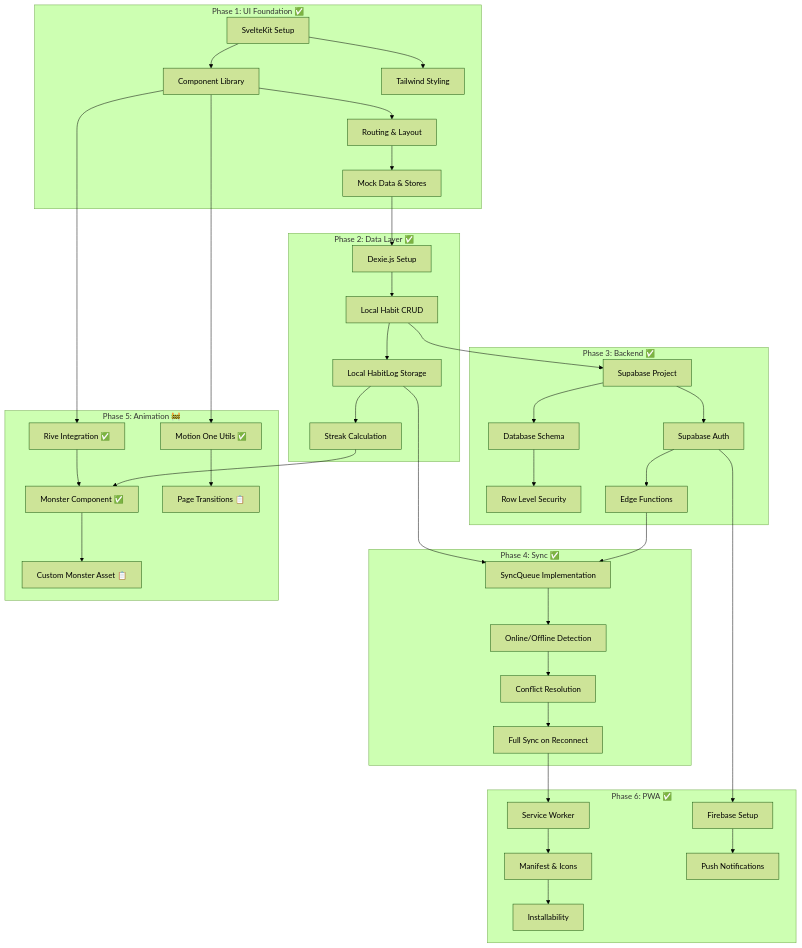
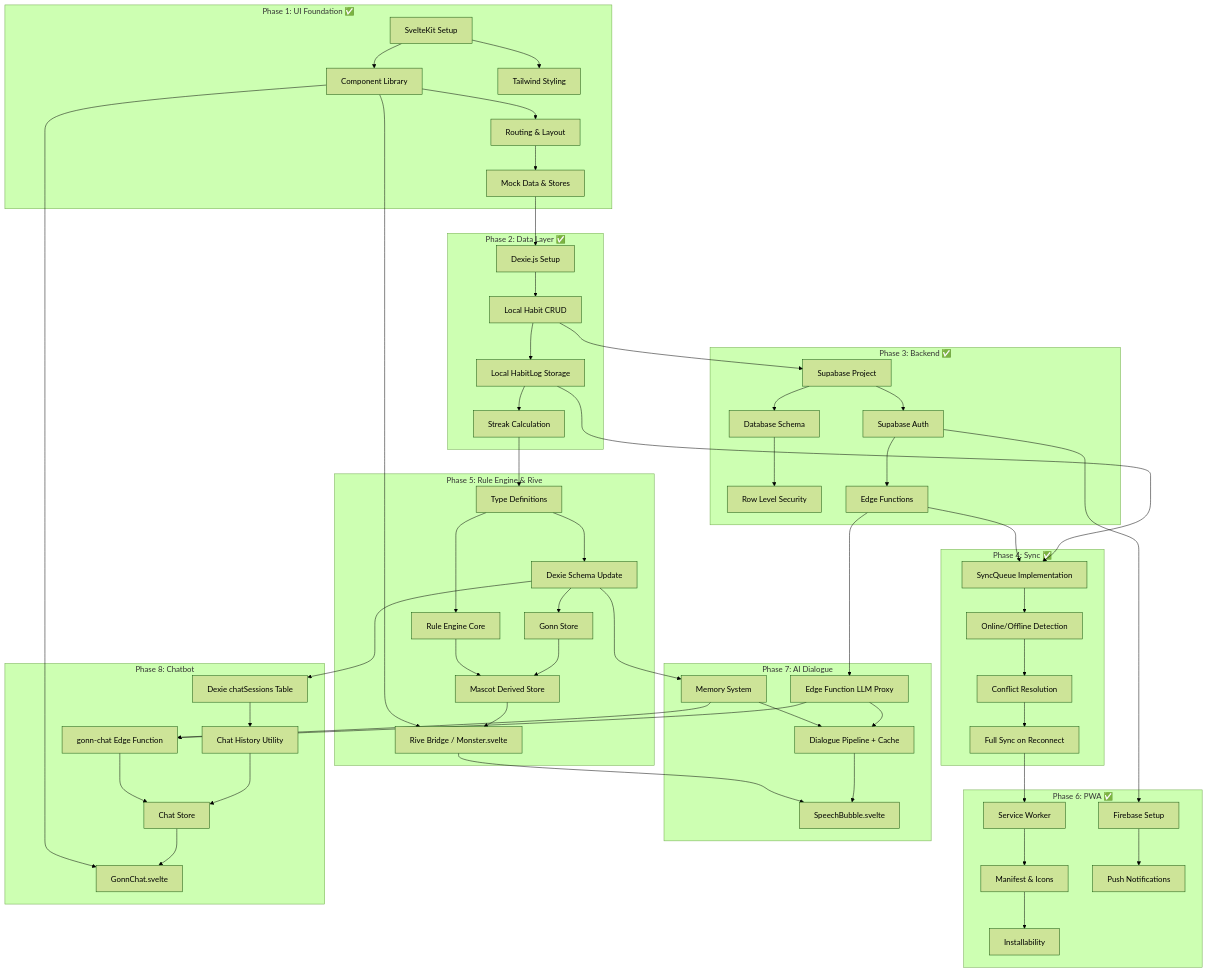
The diagram in docs/ROADMAP.md (raytf/app_hungry-hundreds), drawn with Mermaid (forest theme) before and after one commit. The commit also changed other lines of this file and 4 other files, not shown here.

````diff
--- a/docs/ROADMAP.md
+++ b/docs/ROADMAP.md
@@ -269,12 +352,13 @@
         P4D[Full Sync on Reconnect]
     end
 
-    subgraph Phase5["Phase 5: Animation 🚧"]
-        P5A[Rive Integration ✅]
-        P5B[Monster Component ✅]
-        P5C[Motion One Utils ✅]
-        P5D[Custom Monster Asset 📋]
-        P5E[Page Transitions 📋]
+    subgraph Phase5["Phase 5: Rule Engine & Rive"]
+        P5A[Type Definitions]
+        P5B[Rule Engine Core]
+        P5C[Dexie Schema Update]
+        P5D[Gonn Store]
+        P5E[Mascot Derived Store]
+        P5F[Rive Bridge / Monster.svelte]
     end
 
     subgraph Phase6["Phase 6: PWA ✅"]
@@ -283,6 +367,21 @@
         P6C[Firebase Setup]
         P6D[Push Notifications]
         P6E[Installability]
+    end
+
+    subgraph Phase7["Phase 7: AI Dialogue"]
+        P7A[Memory System]
+        P7B[Edge Function LLM Proxy]
+        P7C[Dialogue Pipeline + Cache]
+        P7D[SpeechBubble.svelte]
+    end
+
+    subgraph Phase8["Phase 8: Chatbot"]
+        P8A[Dexie chatSessions Table]
+        P8B[Chat History Utility]
+        P8C[gonn-chat Edge Function]
+        P8D[Chat Store]
+        P8E[GonnChat.svelte]
     end
 
     P1A --> P1B --> P1C --> P1D
@@ -296,10 +395,23 @@
     P2C --> P4A
     P3E --> P4A --> P4B --> P4C --> P4D
 
-    P1B --> P5A --> P5B --> P5D
-    P1B --> P5C --> P5E
-    P2D --> P5B
+    P2D --> P5A --> P5B
+    P5A --> P5C --> P5D --> P5E
+    P5B --> P5E --> P5F
+    P1B --> P5F
 
     P4D --> P6A --> P6B --> P6E
     P3D --> P6C --> P6D
+
+    P5C --> P7A
+    P3E --> P7B --> P7C
+    P7A --> P7C --> P7D
+    P5F --> P7D
+
+    P5C --> P8A --> P8B
+    P7B --> P8C
+    P7A --> P8C
+    P8B --> P8D --> P8E
+    P8C --> P8D
+    P1B --> P8E
 ```
````
